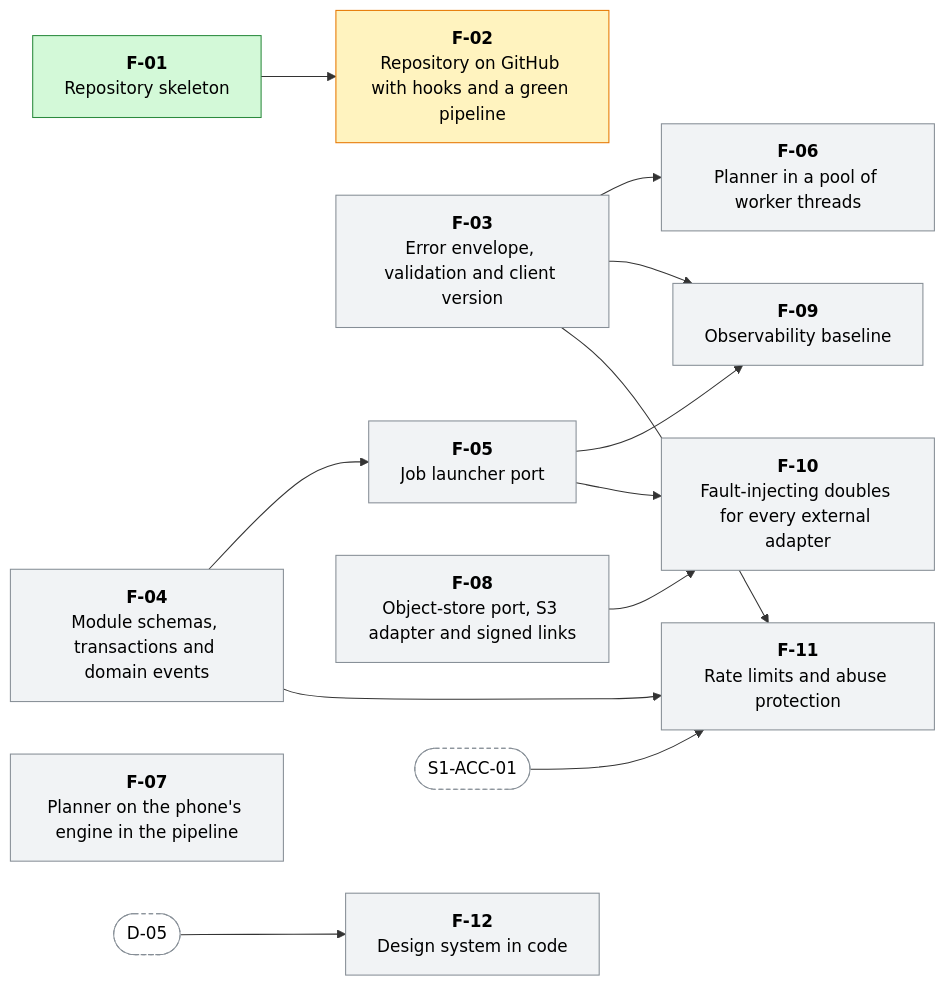
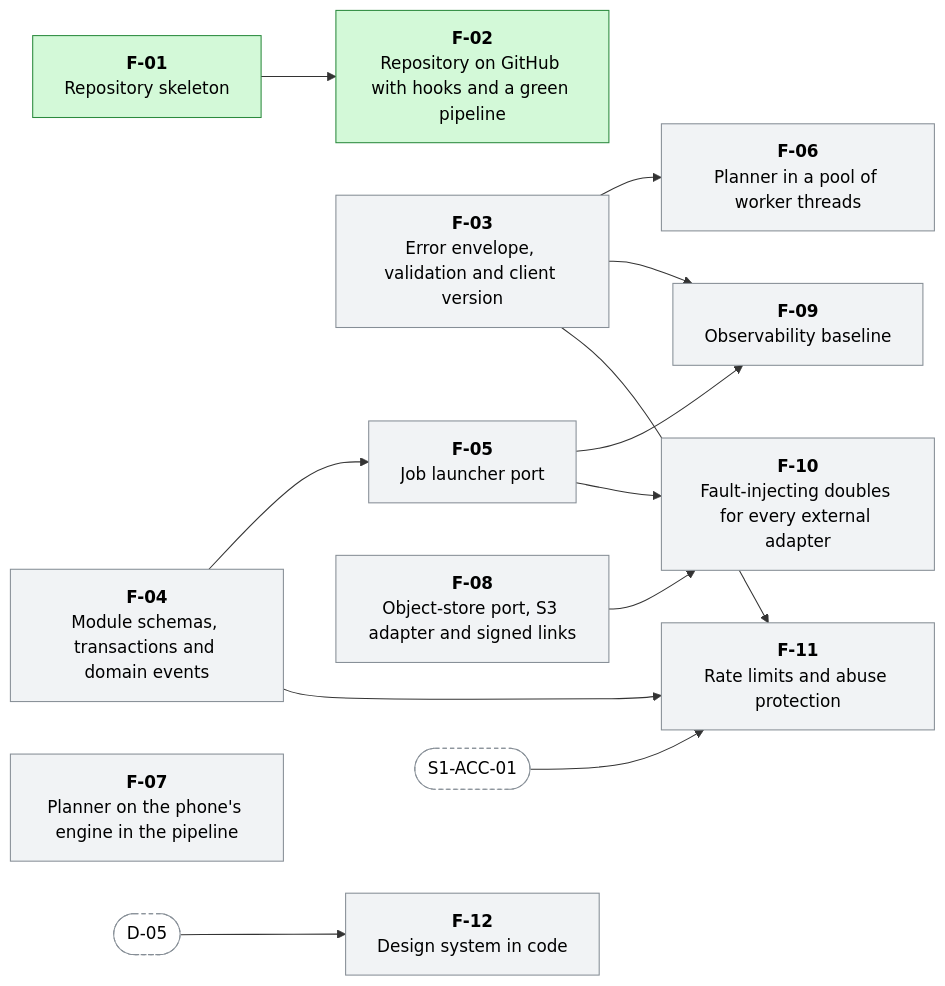
The third of 17 diagrams in docs/WORK-PLAN.md (menisika/Smart-Tour-Guide-and-Itinerary-Planner), drawn with Mermaid before and after one commit. The commit also changed other lines of this file and 2 other files, not shown here.

First line of the commit message:
docs(docs): close the repository package (#8)

````diff
--- a/docs/WORK-PLAN.md
+++ b/docs/WORK-PLAN.md
@@ -534,33 +534,33 @@
 ```mermaid
 flowchart LR
   classDef done fill:#d3f9d8,stroke:#2b8a3e,color:#000
   classDef progress fill:#fff3bf,stroke:#e67700,color:#000
   classDef blocked fill:#ffe3e3,stroke:#c92a2a,color:#000
   classDef todo fill:#f1f3f5,stroke:#868e96,color:#000
   classDef outside fill:#ffffff,stroke:#868e96,stroke-dasharray:4 3,color:#000
   F_01["<b>F-01</b><br/>Repository skeleton"]:::done
-  F_02["<b>F-02</b><br/>Repository on GitHub with hooks and a green pipeline"]:::progress
+  F_02["<b>F-02</b><br/>Repository on GitHub with hooks and a green pipeline"]:::done
   F_03["<b>F-03</b><br/>Error envelope, validation and client version"]:::todo
   F_04["<b>F-04</b><br/>Module schemas, transactions and domain events"]:::todo
   F_05["<b>F-05</b><br/>Job launcher port"]:::todo
   F_06["<b>F-06</b><br/>Planner in a pool of worker threads"]:::todo
   F_07["<b>F-07</b><br/>Planner on the phone's engine in the pipeline"]:::todo
   F_08["<b>F-08</b><br/>Object-store port, S3 adapter and signed links"]:::todo
   F_09["<b>F-09</b><br/>Observability baseline"]:::todo
   F_10["<b>F-10</b><br/>Fault-injecting doubles for every external adapter"]:::todo
   F_11["<b>F-11</b><br/>Rate limits and abuse protection"]:::todo
   F_12["<b>F-12</b><br/>Design system in code"]:::todo
   D_05(["D-05"]):::outside
   S1_ACC_01(["S1-ACC-01"]):::outside
   F_01 --> F_02
   F_04 --> F_05
   F_03 --> F_06
   F_03 --> F_09
   F_05 --> F_09
   F_08 --> F_10
   F_05 --> F_10
   F_03 --> F_11
   F_04 --> F_11
   S1_ACC_01 --> F_11
   D_05 --> F_12
 ```
````
